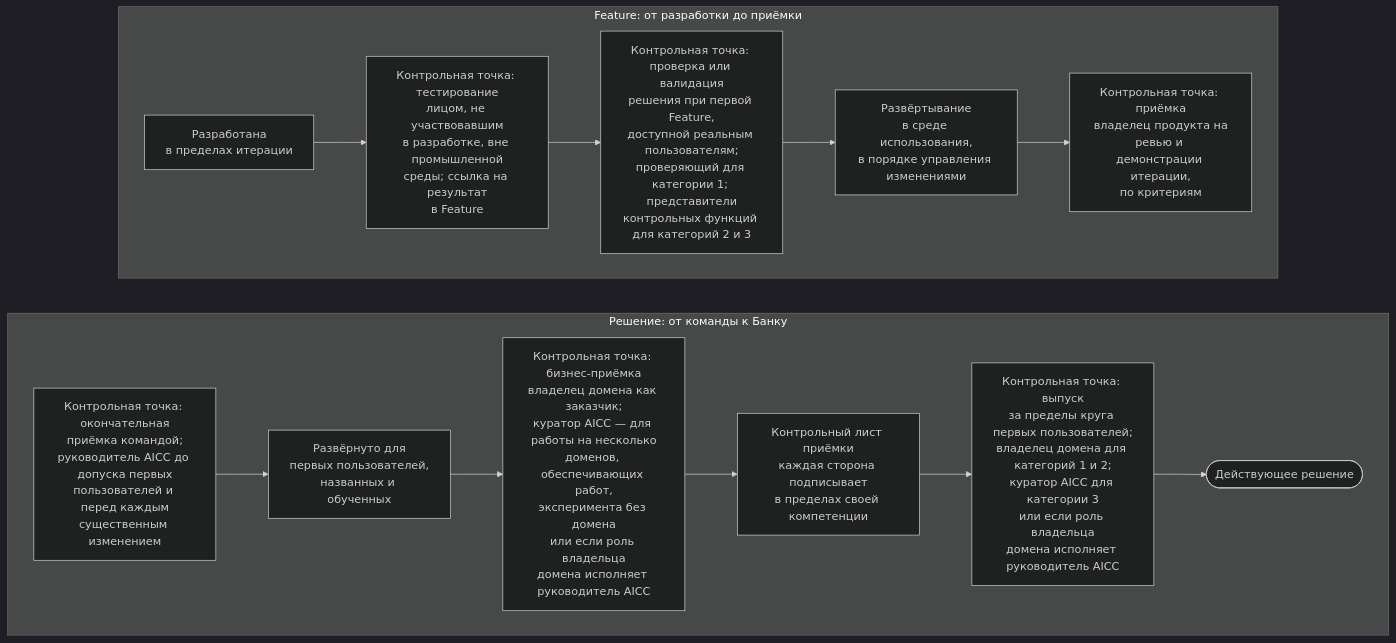
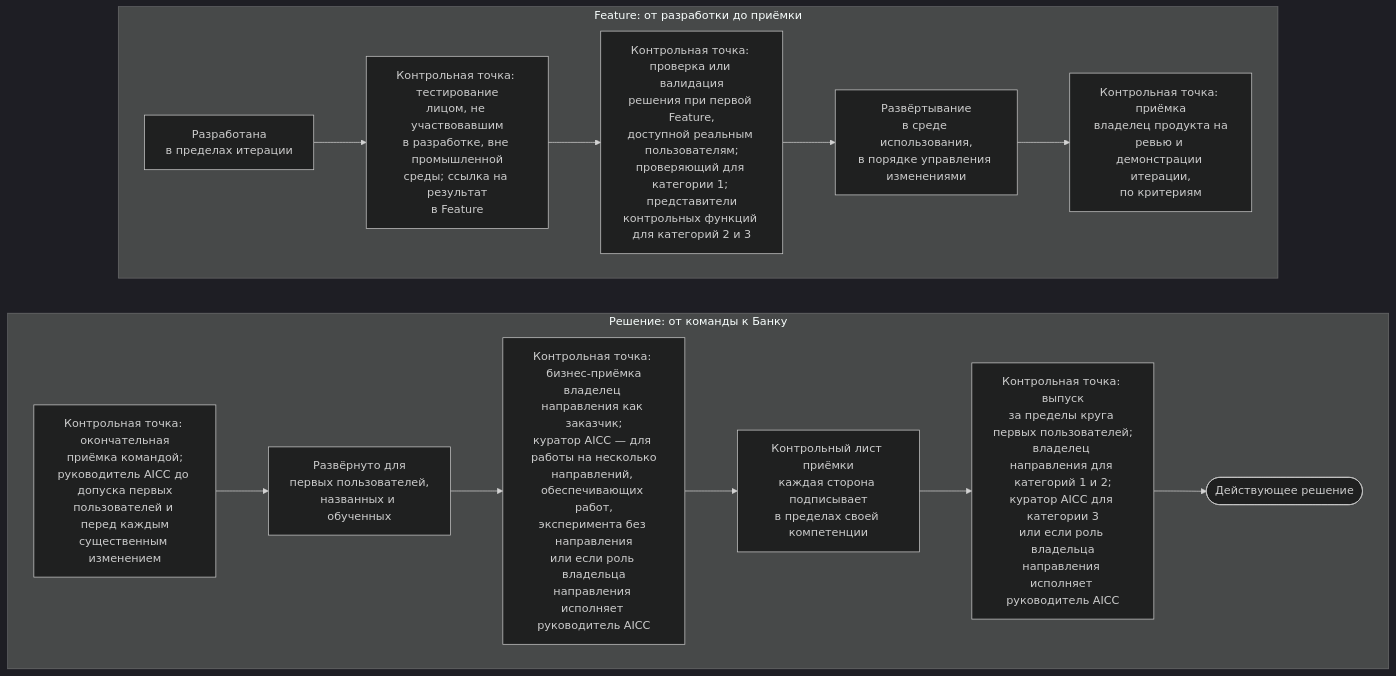
Before and after one commit to devhogu/ob-aicc: the diagram in portal/content/ru/delivery/quality-verification-and-release.md, drawn with Mermaid (dark theme). The commit also changed other lines of this file and 290 other files, not shown here.

First line of the commit message:
Russian edition: Domain is «направление» (владелец направления, эксперт направления); Strategic Priority 3 is «AI в работе направлений Банка»

````diff
--- a/portal/content/ru/delivery/quality-verification-and-release.md
+++ b/portal/content/ru/delivery/quality-verification-and-release.md
@@ -13,19 +13,19 @@
 ```mermaid
 flowchart TB
   subgraph ROW1["Feature: от разработки до приёмки"]
     direction LR
     B["Разработана<br/>в пределах итерации"] --> T["Контрольная точка: тестирование<br/>лицом, не участвовавшим<br/>в разработке, вне промышленной<br/>среды; ссылка на результат<br/>в Feature"]
     T --> CV["Контрольная точка: проверка или валидация<br/>решения при первой Feature,<br/>доступной реальным пользователям;<br/>проверяющий для категории 1; представители<br/>контрольных функций для категорий 2 и 3"]
     CV --> D["Развёртывание<br/>в среде использования,<br/>в порядке управления изменениями"]
     D --> A1["Контрольная точка: приёмка<br/>владелец продукта на<br/>ревью и демонстрации итерации,<br/>по критериям"]
   end
   subgraph ROW2["Решение: от команды к Банку"]
     direction LR
     A2["Контрольная точка: окончательная<br/>приёмка командой;<br/>руководитель AICC до допуска первых<br/>пользователей и перед каждым<br/>существенным изменением"] --> FU["Развёрнуто для<br/>первых пользователей,<br/>названных и обученных"]
-    FU --> A3["Контрольная точка: бизнес-приёмка<br/>владелец домена как заказчик;<br/>куратор AICC — для работы на несколько<br/>доменов, обеспечивающих работ,<br/>эксперимента без домена<br/>или если роль владельца<br/>домена исполняет руководитель AICC"]
+    FU --> A3["Контрольная точка: бизнес-приёмка<br/>владелец направления как заказчик;<br/>куратор AICC — для работы на несколько<br/>направлений, обеспечивающих работ,<br/>эксперимента без направления<br/>или если роль владельца<br/>направления исполняет руководитель AICC"]
     A3 --> CL["Контрольный лист приёмки<br/>каждая сторона подписывает<br/>в пределах своей компетенции"]
-    CL --> RL["Контрольная точка: выпуск<br/>за пределы круга первых пользователей;<br/>владелец домена для категорий 1 и 2;<br/>куратор AICC для категории 3<br/>или если роль владельца<br/>домена исполняет руководитель AICC"]
+    CL --> RL["Контрольная точка: выпуск<br/>за пределы круга первых пользователей;<br/>владелец направления для категорий 1 и 2;<br/>куратор AICC для категории 3<br/>или если роль владельца<br/>направления исполняет руководитель AICC"]
     RL --> LV(["Действующее решение"])
   end
   ROW1 ~~~ ROW2
 ```
````
